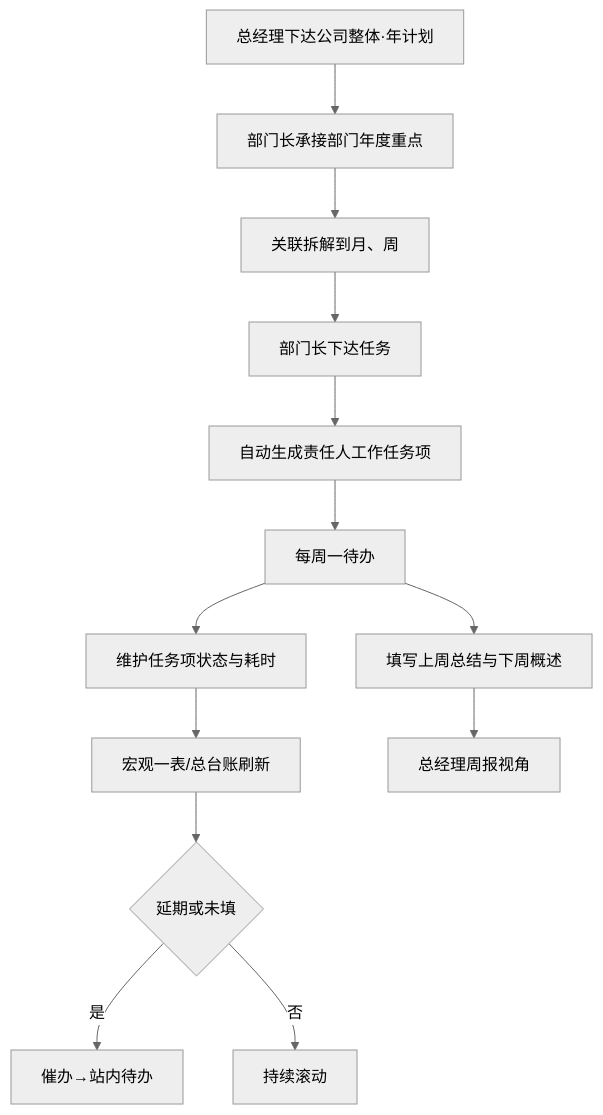
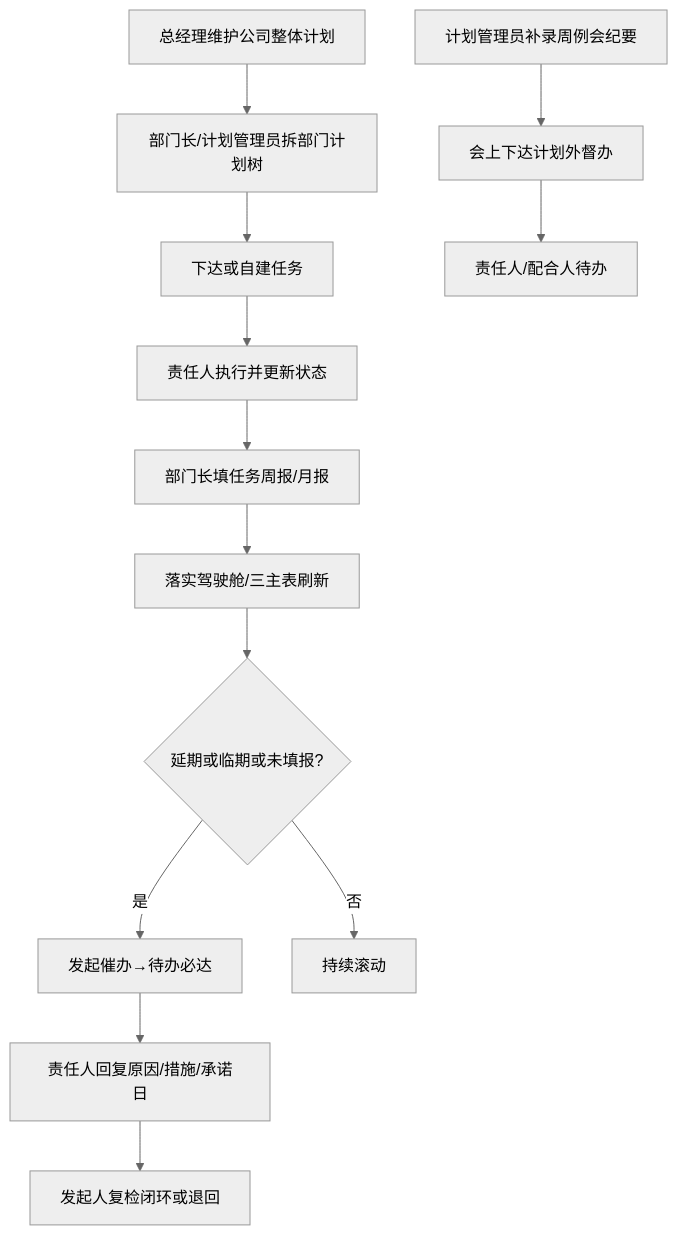
The first of 3 diagrams in docs/versions/v4.0.0/prd.md (liaoliao66/BMS), drawn with Mermaid (neutral theme) before and after one commit. The commit also changed other lines of this file and 20 other files, not shown here.

````diff
--- a/docs/versions/v4.0.0/prd.md
+++ b/docs/versions/v4.0.0/prd.md
@@ -109,15 +115,15 @@
 ```mermaid
 flowchart TD
-  A[总经理下达公司整体·年计划] --> B[部门长承接部门年度重点]
-  B --> C[关联拆解到月、周]
-  C --> D[部门长下达任务]
-  D --> E[自动生成责任人工作任务项]
-  E --> F[每周一待办]
-  F --> G[维护任务项状态与耗时]
-  F --> H[填写上周总结与下周概述]
-  G --> I[宏观一表/总台账刷新]
-  H --> J[总经理周报视角]
-  I --> K{延期或未填}
-  K -->|是| L[催办→站内待办]
-  K -->|否| M[持续滚动]
+  A[总经理维护公司整体计划] --> B[部门长/计划管理员拆部门计划树]
+  B --> C[下达或自建任务]
+  C --> D[责任人执行并更新状态]
+  D --> E[部门长填任务周报/月报]
+  E --> F[落实驾驶舱/三主表刷新]
+  F --> G{延期或临期或未填报?}
+  G -->|是| H[发起催办→待办必达]
+  H --> I[责任人回复原因/措施/承诺日]
+  I --> J[发起人复检闭环或退回]
+  G -->|否| K[持续滚动]
+  L[会上下达计划外督办] --> M[责任人/配合人待办]
+  N[计划管理员补录周例会纪要] --> L
 ```
````
